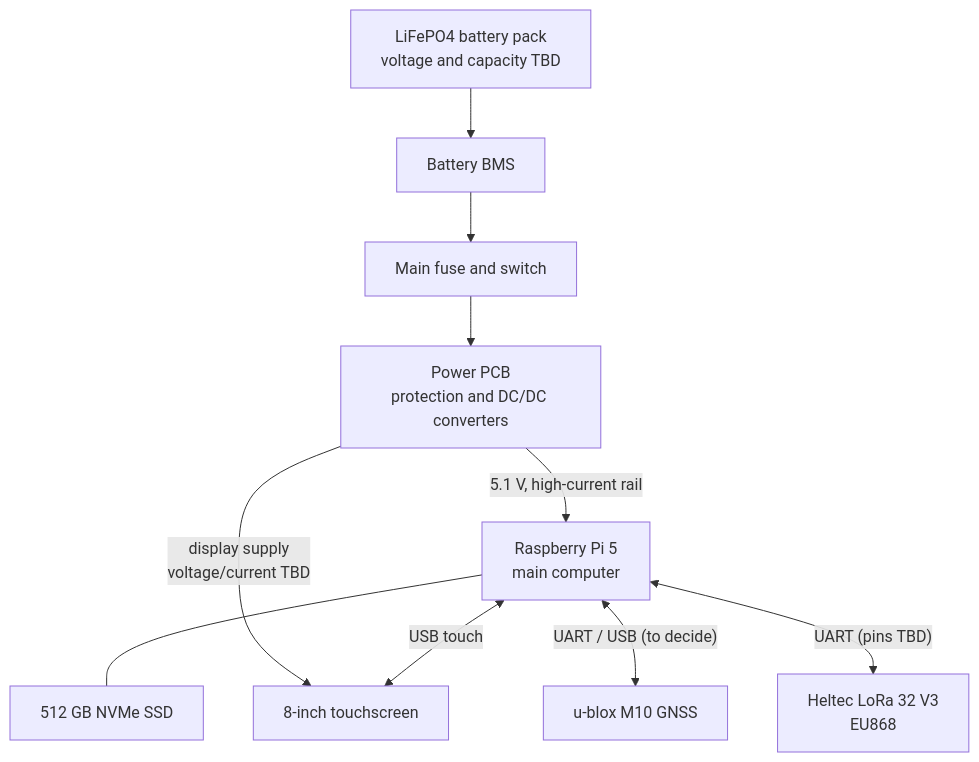
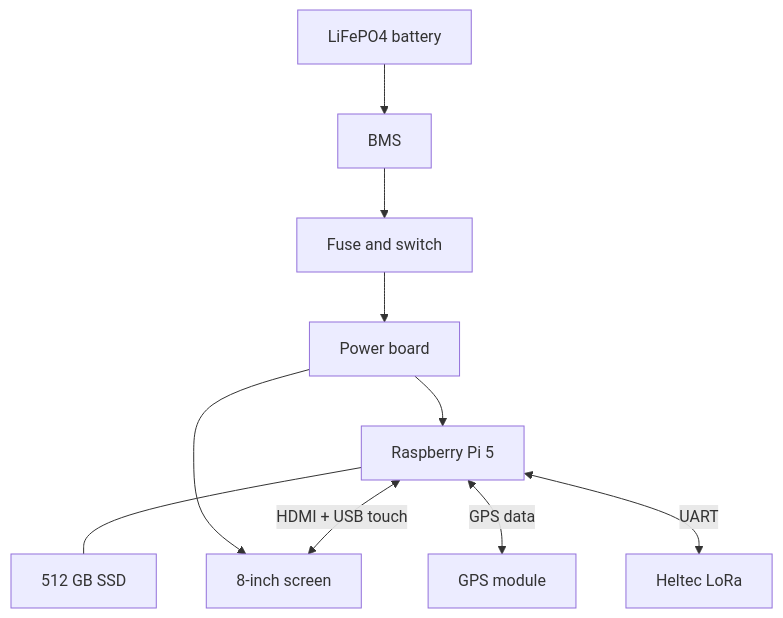
The first of 2 diagrams in docs/system-block-diagram.md (azoiu/OFFGRID-Field-Station), drawn with Mermaid before and after one commit. The commit also changed other lines of this file, not shown here.

````diff
--- a/docs/system-block-diagram.md
+++ b/docs/system-block-diagram.md
@@ -7,19 +7,20 @@
 ```mermaid
 flowchart TB
-    BAT["LiFePO4 battery pack<br/>voltage and capacity TBD"]
-    BMS["Battery BMS"]
-    FUSE["Main fuse and switch"]
-    PWR["Power PCB<br/>protection and DC/DC converters"]
-    PI["Raspberry Pi 5<br/>main computer"]
-    SSD["512 GB NVMe SSD"]
-    DISP["8-inch touchscreen"]
-    GPS["u-blox M10 GNSS"]
-    LORA["Heltec LoRa 32 V3<br/>EU868"]
+    BAT["LiFePO4 battery"]
+    BMS["BMS"]
+    FUSE["Fuse and switch"]
+    PWR["Power board"]
+    PI["Raspberry Pi 5"]
+    SSD["512 GB SSD"]
+    LCD["8-inch screen"]
+    GPS["GPS module"]
+    LORA["Heltec LoRa"]
+
     BAT --> BMS --> FUSE --> PWR
-    PWR -->|"5.1 V, high-current rail"| PI
-    PWR -->|"display supply<br/>voltage/current TBD"| DISP
+    PWR --> PI
+    PWR --> LCD
     PI --- SSD
-    PI <-->|"USB touch"| DISP
-    PI <-->|"UART / USB (to decide)"| GPS
-    PI <-->|"UART (pins TBD)"| LORA
+    PI <-->|"HDMI + USB touch"| LCD
+    PI <-->|"GPS data"| GPS
+    PI <-->|"UART"| LORA
 ```
````
